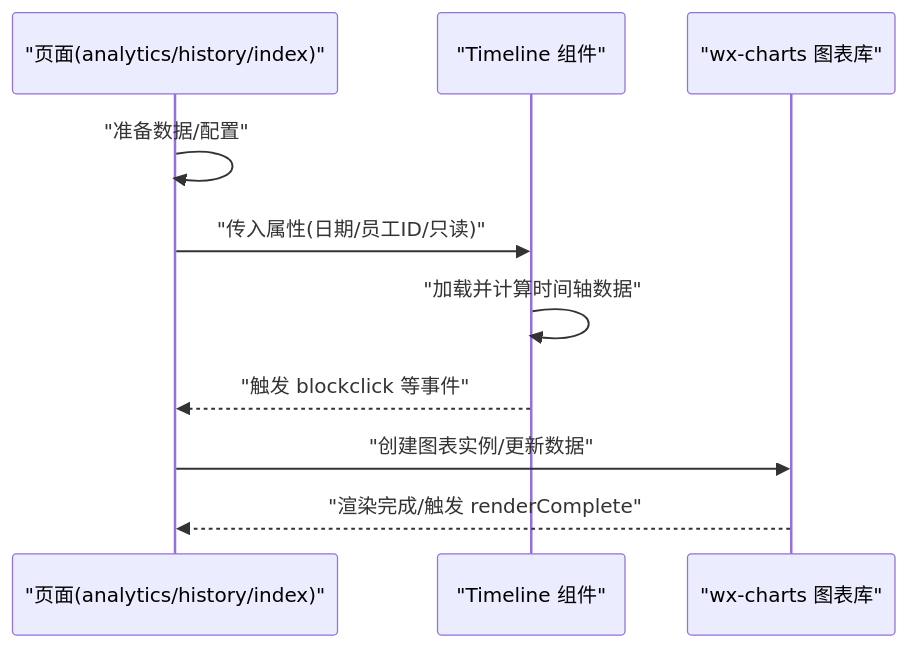
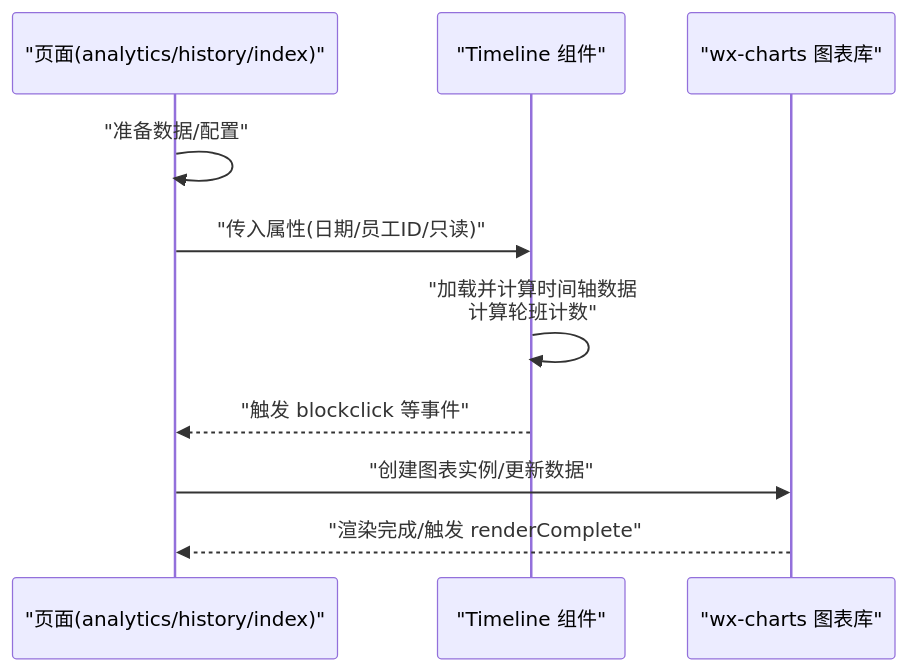
One commit to xwHoward/padoo-consulation-printer changed the second of 6 diagrams in .qoder/repowiki/zh/content/UI组件系统/展示组件.md. Above: the diagram before and after it, drawn with Mermaid. The commit also changed other lines of this file and 15 other files, not shown here.

````diff
--- a/.qoder/repowiki/zh/content/UI组件系统/展示组件.md
+++ b/.qoder/repowiki/zh/content/UI组件系统/展示组件.md
@@ -83,12 +90,12 @@
 ```mermaid
 sequenceDiagram
 participant P as "页面(analytics/history/index)"
 participant T as "Timeline 组件"
 participant C as "wx-charts 图表库"
 P->>P : "准备数据/配置"
 P->>T : "传入属性(日期/员工ID/只读)"
-T->>T : "加载并计算时间轴数据"
+T->>T : "加载并计算时间轴数据<br/>计算轮班计数"
 T-->>P : "触发 blockclick 等事件"
 P->>C : "创建图表实例/更新数据"
 C-->>P : "渲染完成/触发 renderComplete"
 ```
````
